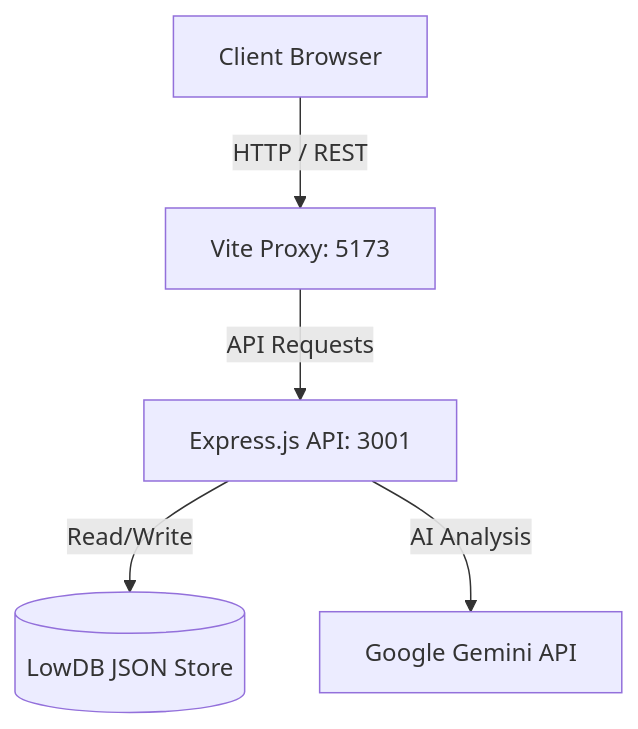
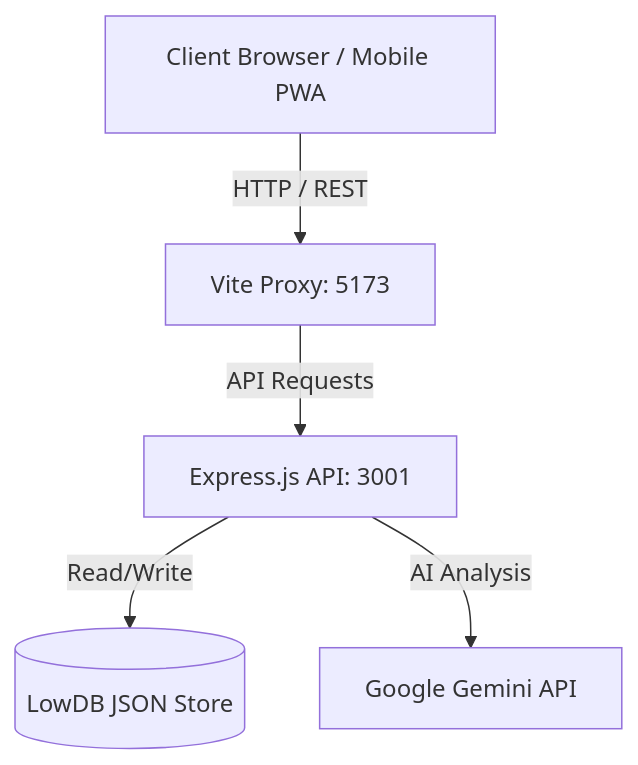
One commit to vrsebeatriz/TaskFlow changed the diagram in README.md. Above: the diagram before and after it, drawn with Mermaid. The commit also changed other lines of this file and 16 other files, not shown here.

Commit message:
feat: mobile optimization, PWA support, and efficiency metrics tracking

````diff
--- a/README.md
+++ b/README.md
@@ -68,7 +77,7 @@
 ```mermaid
 graph TD;
-    A[Client Browser] -->|HTTP / REST| B[Vite Proxy: 5173]
+    A[Client Browser / Mobile PWA] -->|HTTP / REST| B[Vite Proxy: 5173]
     B -->|API Requests| C[Express.js API: 3001]
     C -->|Read/Write| D[(LowDB JSON Store)]
     C -->|AI Analysis| E[Google Gemini API]
 ```
````
